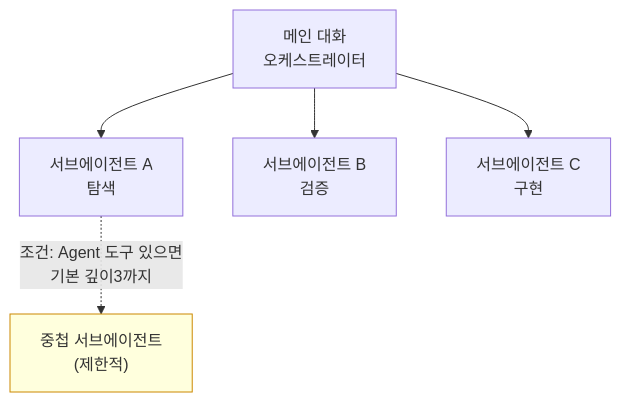
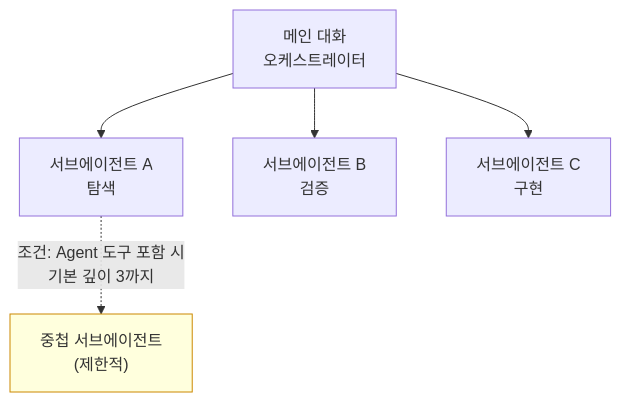
The diagram in docs-site/content/ko/claude-code/agentic/sub-agents.md (modu-ai/moai-adk), drawn with Mermaid before and after one commit. The commit also changed other lines of this file and 9 other files, not shown here.

````diff
--- a/docs-site/content/ko/claude-code/agentic/sub-agents.md
+++ b/docs-site/content/ko/claude-code/agentic/sub-agents.md
@@ -65,8 +62,8 @@
 ```mermaid
 flowchart TD
     M[메인 대화<br/>오케스트레이터] --> A[서브에이전트 A<br/>탐색]
     M --> B[서브에이전트 B<br/>검증]
     M --> C[서브에이전트 C<br/>구현]
-    A -.->|조건: Agent 도구 있으면<br/>기본 깊이3까지| X["중첩 서브에이전트<br/>(제한적)"]
+    A -.->|"조건: Agent 도구 포함 시<br/>기본 깊이 3까지"| X["중첩 서브에이전트<br/>(제한적)"]
     style X fill:#ffd,stroke:#c80
 ```
````
